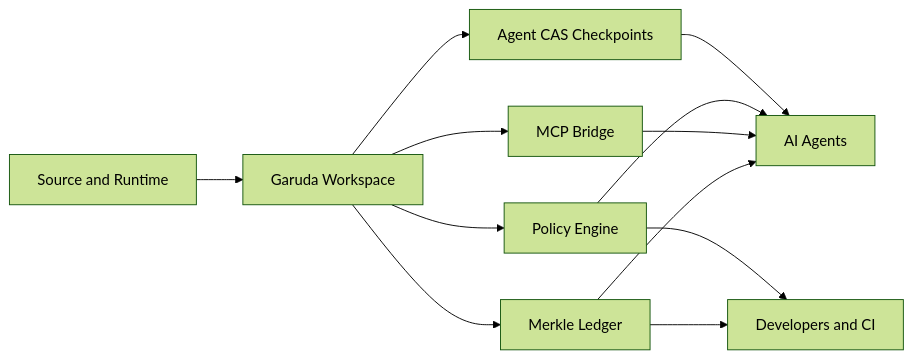
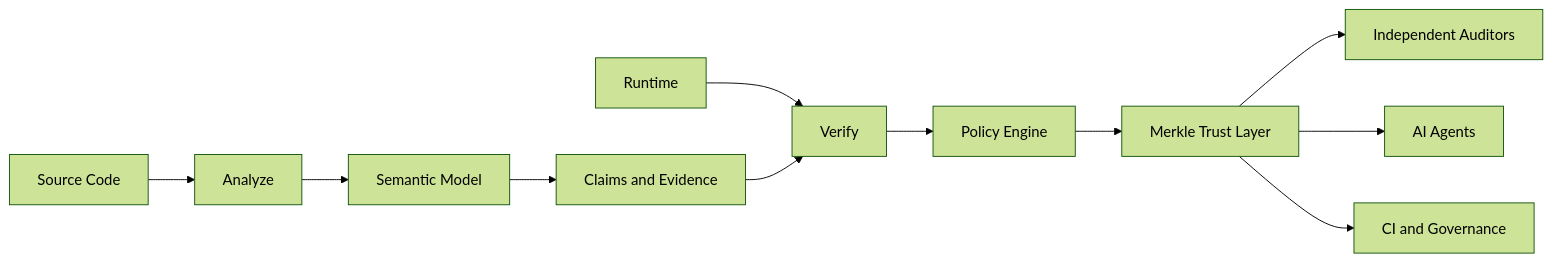
Before and after one commit to myshra777-ai/garuda: the first of 5 diagrams in README.md, drawn with Mermaid (forest theme). The commit also changed other lines of this file, not shown here.

````diff
--- a/README.md
+++ b/README.md
@@ -57,16 +37,13 @@
 ```mermaid
 flowchart LR
-    CODE["Source and Runtime"] --> GARUDA["Garuda Workspace"]
-    GARUDA --> MERKLE["Merkle Ledger"]
-    GARUDA --> MCP["MCP Bridge"]
-    GARUDA --> POLICY["Policy Engine"]
-    GARUDA --> CAS["Agent CAS Checkpoints"]
-
-    MERKLE --> AI["AI Agents"]
-    MCP --> AI
-    POLICY --> AI
-    CAS --> AI
-
-    MERKLE --> HUMANS["Developers and CI"]
-    POLICY --> HUMANS
+    SOURCE["Source Code"] --> ANALYZE["Analyze"]
+    RUNTIME["Runtime"] --> VERIFY["Verify"]
+    ANALYZE --> SEMANTIC["Semantic Model"]
+    SEMANTIC --> CLAIMS["Claims and Evidence"]
+    CLAIMS --> VERIFY
+    VERIFY --> POLICY["Policy Engine"]
+    POLICY --> MERKLE["Merkle Trust Layer"]
+    MERKLE --> AUDIT["Independent Auditors"]
+    MERKLE --> AGENTS["AI Agents"]
+    MERKLE --> CI["CI and Governance"]
 ```
````
